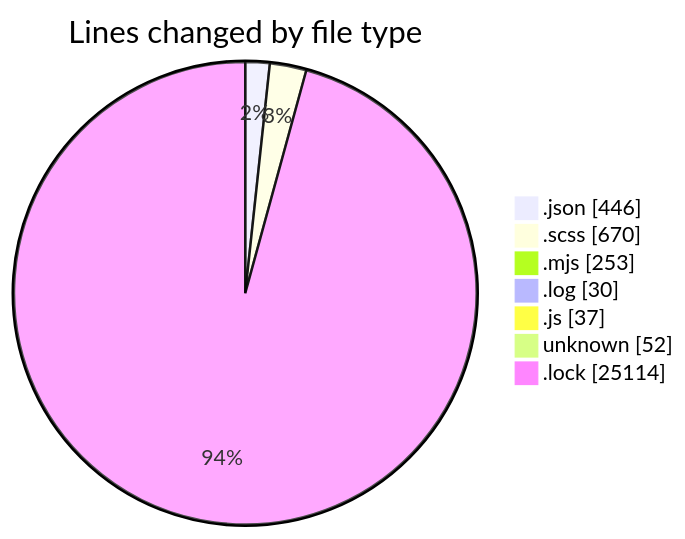
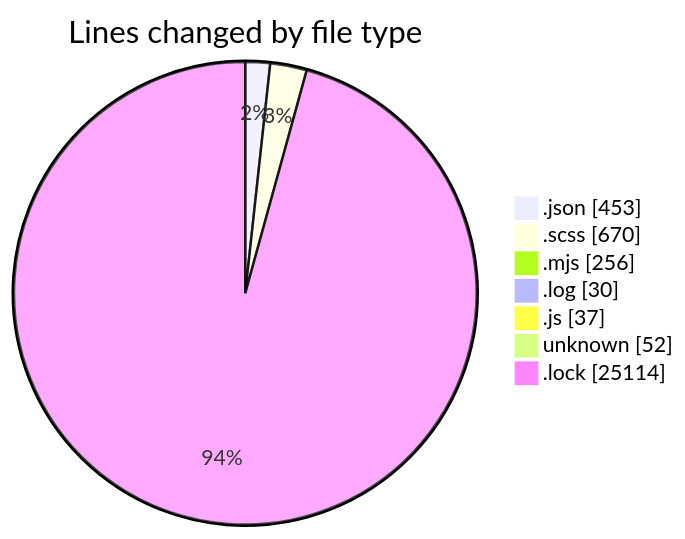
One commit to momahboobian/code-tracking changed the first of 2 diagrams in 2026-08-12/cda/README.md. Above: the diagram before and after it, drawn with Mermaid. The commit also changed other lines of this file and 1 other file, not shown here.

````diff
--- a/2026-08-12/cda/README.md
+++ b/2026-08-12/cda/README.md
@@ -37,11 +37,11 @@
 ```mermaid
 pie showData
 title Lines changed by file type
-".json" : 446
+".json" : 453
 ".scss" : 670
-".mjs" : 253
+".mjs" : 256
 ".log" : 30
 ".js" : 37
 "unknown" : 52
 ".lock" : 25114
 ```
````
